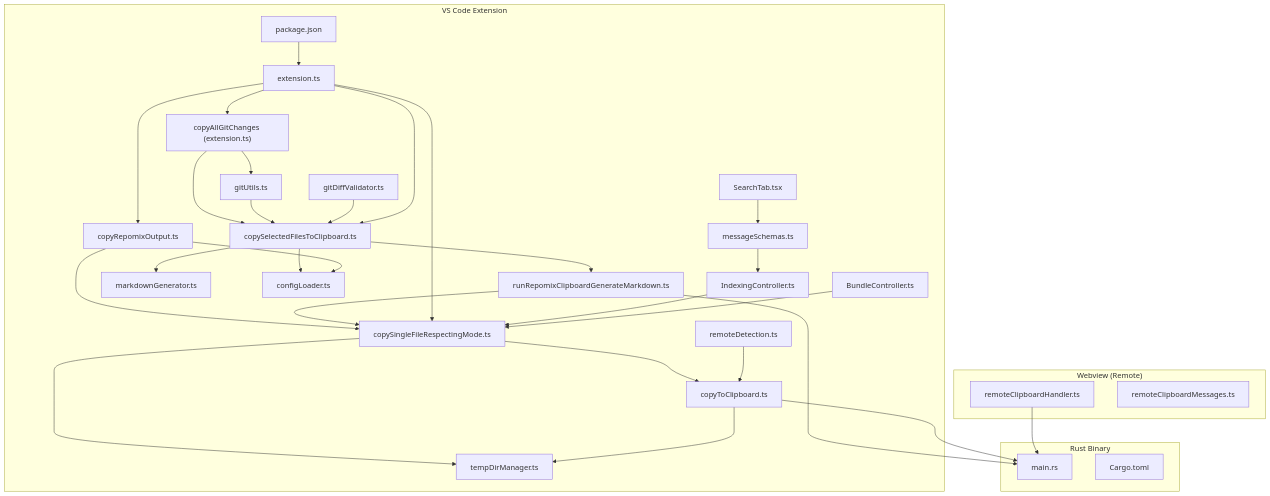
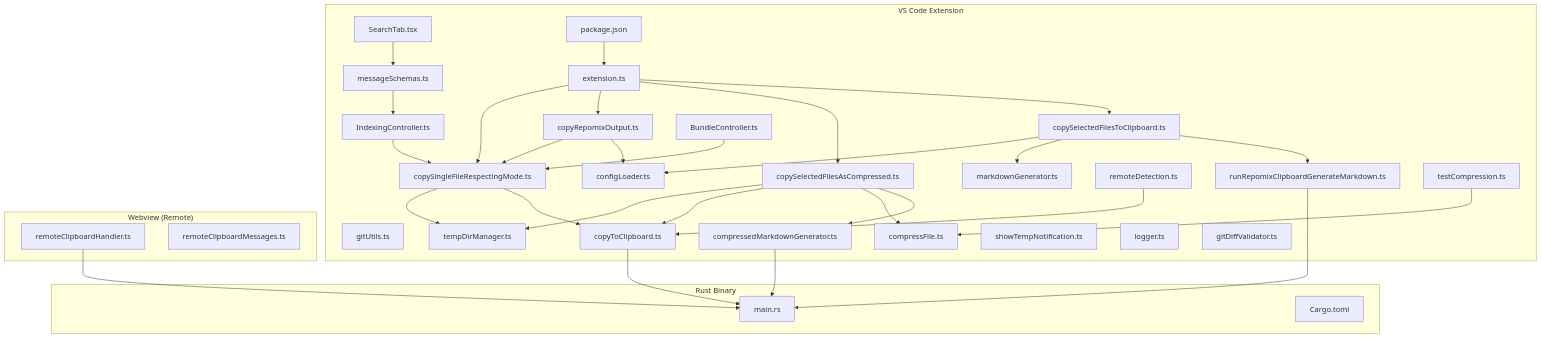
Before and after one commit to bramburn/repomix-runner: the first of 15 diagrams in .qoder/repowiki/en/content/Command System/Command Handlers/Clipboard Commands.md, drawn with Mermaid. The commit also changed other lines of this file and 19 other files, not shown here.

````diff
--- a/.qoder/repowiki/en/content/Command System/Command Handlers/Clipboard Commands.md
+++ b/.qoder/repowiki/en/content/Command System/Command Handlers/Clipboard Commands.md
@@ -59,57 +66,62 @@
 ```mermaid
 graph TB
 subgraph "VS Code Extension"
 CMD1["copySelectedFilesToClipboard.ts"]
-CMD2["copyRepomixOutput.ts"]
-CMD3["copySingleFileRespectingMode.ts"]
-CMD4["copyAllGitChanges (extension.ts)"]
+CMD2["copySelectedFilesAsCompressed.ts"]
+CMD3["copyRepomixOutput.ts"]
+CMD4["copySingleFileRespectingMode.ts"]
 GITUTILS["gitUtils.ts"]
 CORE1["runRepomixClipboardGenerateMarkdown.ts"]
 CORE2["markdownGenerator.ts"]
-CORE3["copyToClipboard.ts"]
-CORE4["remoteDetection.ts"]
-CORE5["tempDirManager.ts"]
+CORE3["compressedMarkdownGenerator.ts"]
+COMPRESS["compressFile.ts"]
+CORE4["copyToClipboard.ts"]
+CORE5["remoteDetection.ts"]
+CORE6["tempDirManager.ts"]
 CFG["configLoader.ts"]
 EXT["extension.ts"]
 ENDCTRL["IndexingController.ts"]
 BUNDLECTRL["BundleController.ts"]
 MSGSCHEMA["messageSchemas.ts"]
 SEARCHTAB["SearchTab.tsx"]
+SHOWNOTIFY["showTempNotification.ts"]
+LOGGER["logger.ts"]
+TESTCOMP["testCompression.ts"]
 GDIFF["gitDiffValidator.ts"]
 PKG["package.json"]
 end
 subgraph "Rust Binary"
 RS["main.rs"]
 TOML["Cargo.toml"]
 end
 subgraph "Webview (Remote)"
 WVH["remoteClipboardHandler.ts"]
 WVT["remoteClipboardMessages.ts"]
 end
 CMD1 --> CORE1
 CMD1 --> CORE2
 CMD1 --> CFG
-CMD2 --> CFG
-CMD2 --> CMD3
-CMD3 --> CORE3
-CMD3 --> CORE5
-CMD4 --> GITUTILS
-CMD4 --> CMD1
-CORE1 --> CMD3
-CORE1 --> RS
-CORE3 --> RS
-CORE3 --> CORE5
-CORE4 --> CORE3
-GITUTILS --> CMD1
-GDIFF --> CMD1
-WVH --> RS
+CMD2 --> CORE3
+CMD2 --> COMPRESS
+CMD2 --> CORE4
+CMD2 --> CORE6
+CMD3 --> CFG
+CMD3 --> CMD4
+CMD4 --> CORE4
+CMD4 --> CORE6
 EXT --> CMD1
 EXT --> CMD2
 EXT --> CMD3
 EXT --> CMD4
-ENDCTRL --> CMD3
-BUNDLECTRL --> CMD3
+ENDCTRL --> CMD4
+BUNDLECTRL --> CMD4
 MSGSCHEMA --> ENDCTRL
 SEARCHTAB --> MSGSCHEMA
 PKG --> EXT
+CORE1 --> RS
+CORE3 --> RS
+CORE4 --> RS
+CORE5 --> CORE4
+WVH --> RS
+TESTCOMP --> COMPRESS
 ```
````
